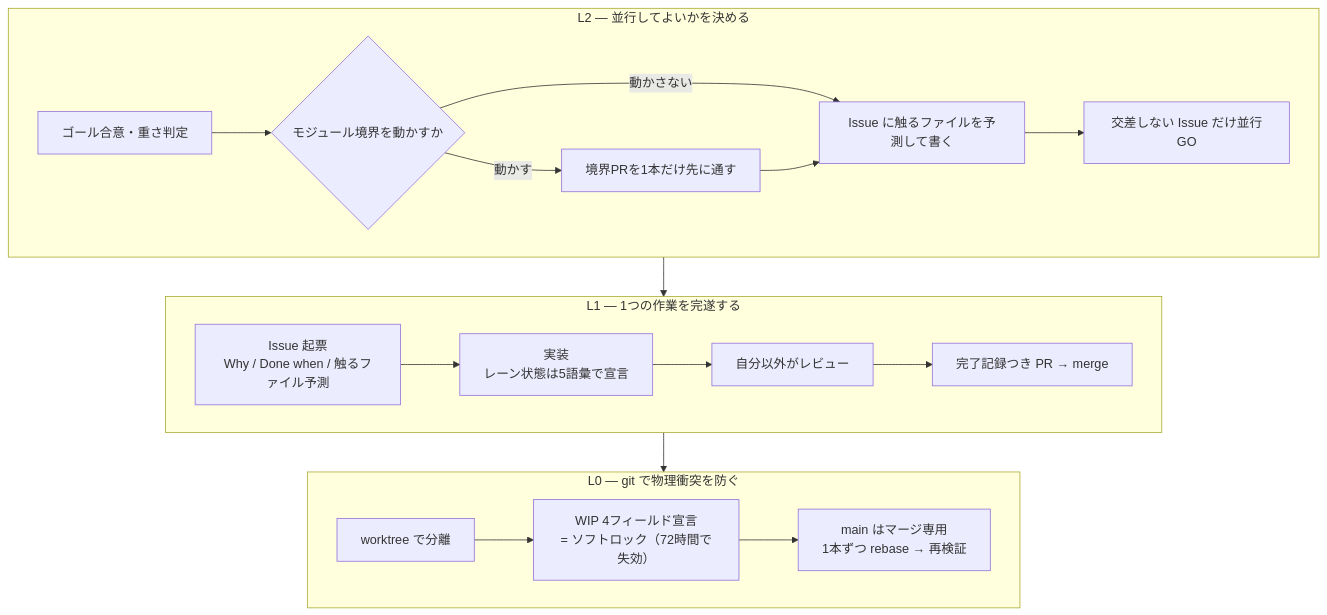
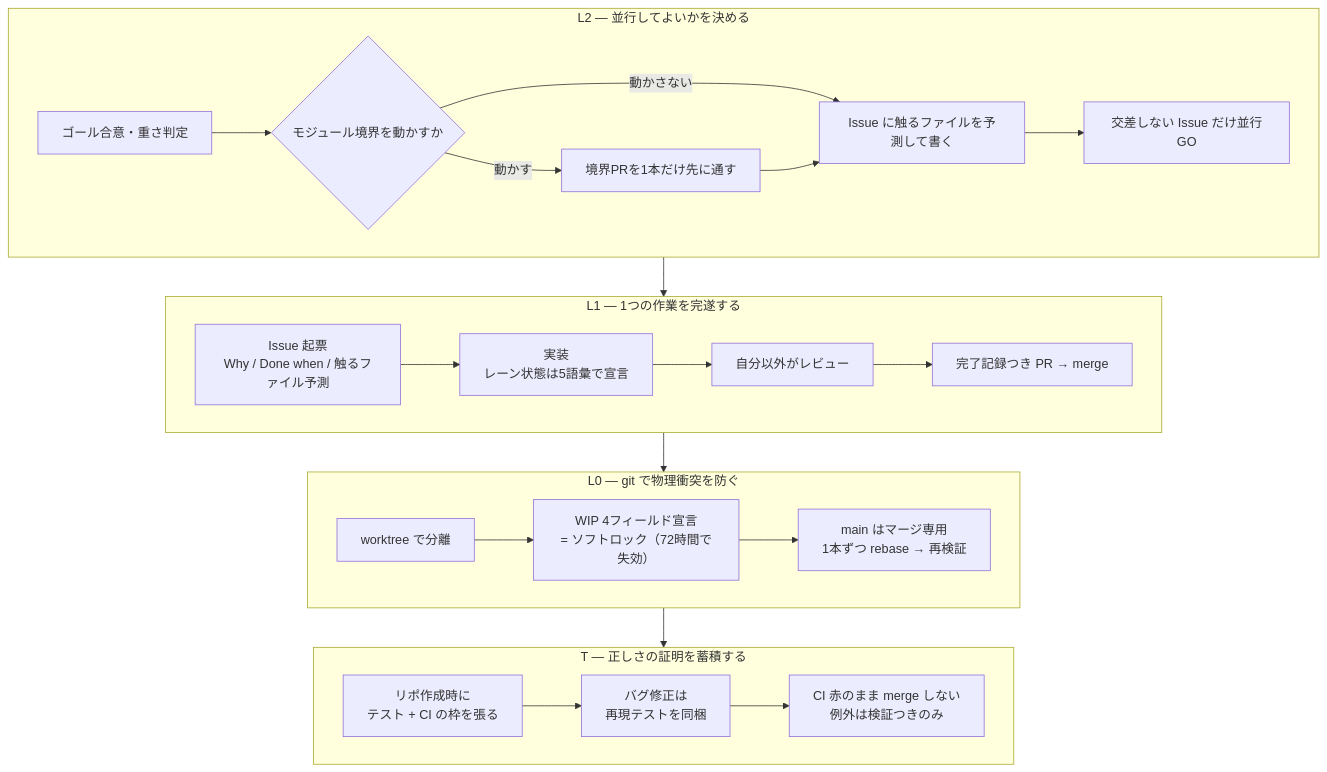
The first of 2 diagrams in README.ja.md (caty-ai/family-dev-handbook), drawn with Mermaid before and after one commit. The commit also changed other lines of this file and 3 other files, not shown here.

First line of the commit message:
docs(readme): weave T layer into the concept section — diagram T subgraph, 4th bullet, intro sentence (4 languages) (#46)

````diff
--- a/README.ja.md
+++ b/README.ja.md
@@ -111,17 +111,20 @@
 ```mermaid
 flowchart TB
     subgraph L2["L2 — 並行してよいかを決める"]
         A1["ゴール合意・重さ判定"] --> A2{"モジュール境界を動かすか"}
         A2 -->|動かす| A3["境界PRを1本だけ先に通す"]
         A2 -->|動かさない| A4["Issue に触るファイルを予測して書く"]
         A3 --> A4
         A4 --> A5["交差しない Issue だけ並行GO"]
     end
     subgraph L1["L1 — 1つの作業を完遂する"]
         B1["Issue 起票<br/>Why / Done when / 触るファイル予測"] --> B2["実装<br/>レーン状態は5語彙で宣言"] --> B3["自分以外がレビュー"] --> B4["完了記録つき PR → merge"]
     end
     subgraph L0["L0 — git で物理衝突を防ぐ"]
         C1["worktree で分離"] --> C2["WIP 4フィールド宣言<br/>= ソフトロック（72時間で失効）"] --> C3["main はマージ専用<br/>1本ずつ rebase → 再検証"]
     end
-    L2 --> L1 --> L0
+    subgraph T["T — 正しさの証明を蓄積する"]
+        D1["リポ作成時に<br/>テスト + CI の枠を張る"] --> D2["バグ修正は<br/>再現テストを同梱"] --> D3["CI 赤のまま merge しない<br/>例外は検証つきのみ"]
+    end
+    L2 --> L1 --> L0 --> T
 ```
````
